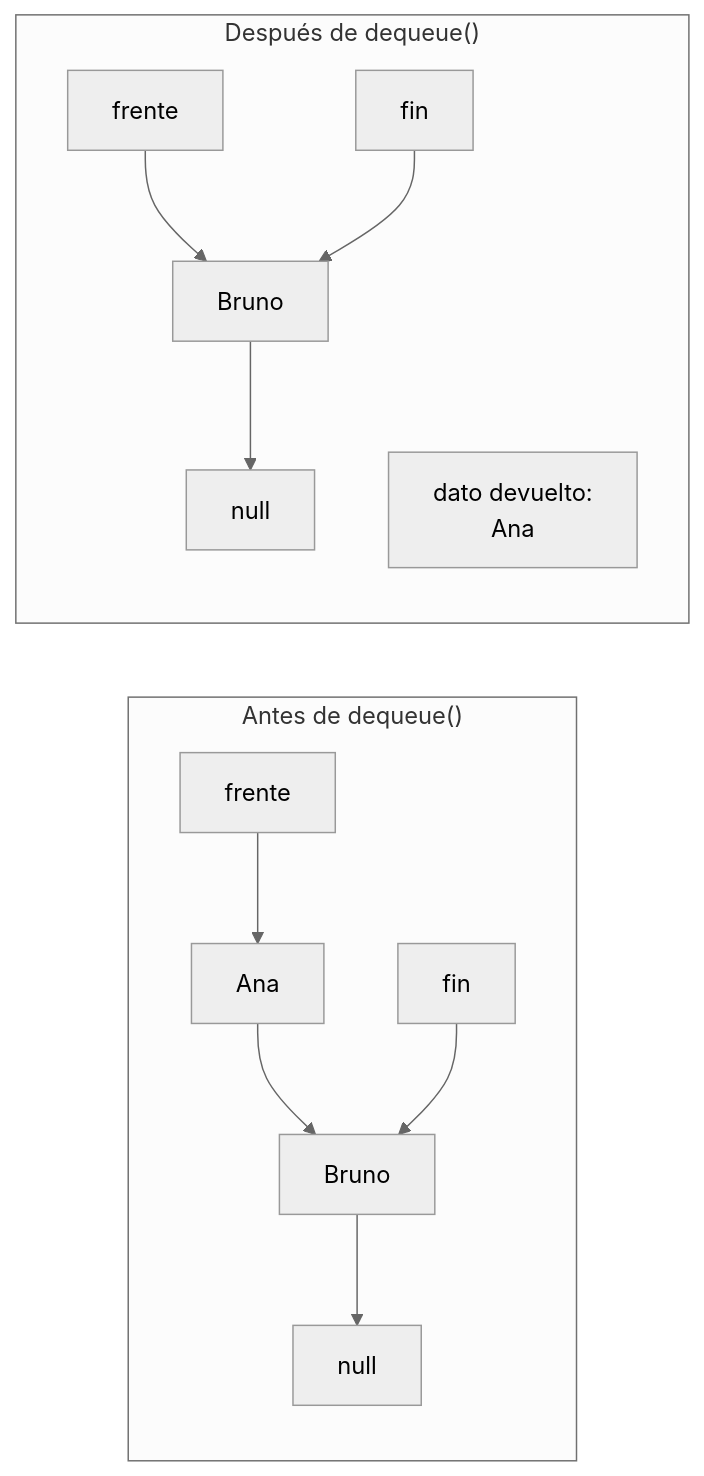
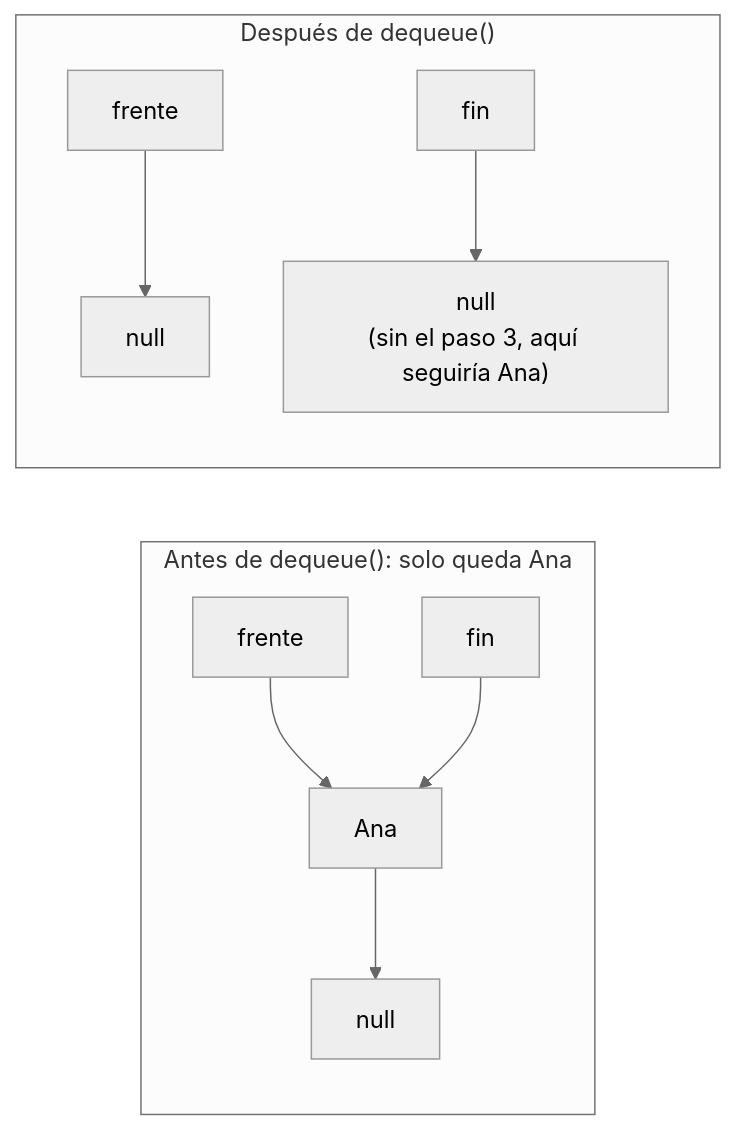
Before and after one commit to santiagoSuarez219/nodo-edu: the diagram in content/cursos/estructuras-de-datos/implementacion-de-colas-en-java.mdx, drawn with Mermaid (neutral theme). The commit also changed other lines of this file and 4 other files, not shown here.

````diff
--- a/content/cursos/estructuras-de-datos/implementacion-de-colas-en-java.mdx
+++ b/content/cursos/estructuras-de-datos/implementacion-de-colas-en-java.mdx
@@ -166,15 +109,12 @@
 ```mermaid
 flowchart LR
-  subgraph antes["Antes de dequeue()"]
+  subgraph antes["Antes de dequeue(): solo queda Ana"]
     F1["frente"] --> A1["Ana"]
-    A1 --> B1["Bruno"]
-    B1 --> N1["null"]
-    X1["fin"] --> B1
+    X1["fin"] --> A1
+    A1 --> N1["null"]
   end
   subgraph despues["Después de dequeue()"]
-    F2["frente"] --> B2["Bruno"]
-    B2 --> N2["null"]
-    X2["fin"] --> B2
-    D["dato devuelto:\nAna"]
+    F2["frente"] --> N2["null"]
+    X2["fin"] --> N3["null\n(sin el paso 3, aquí seguiría Ana)"]
   end
 ```
````
